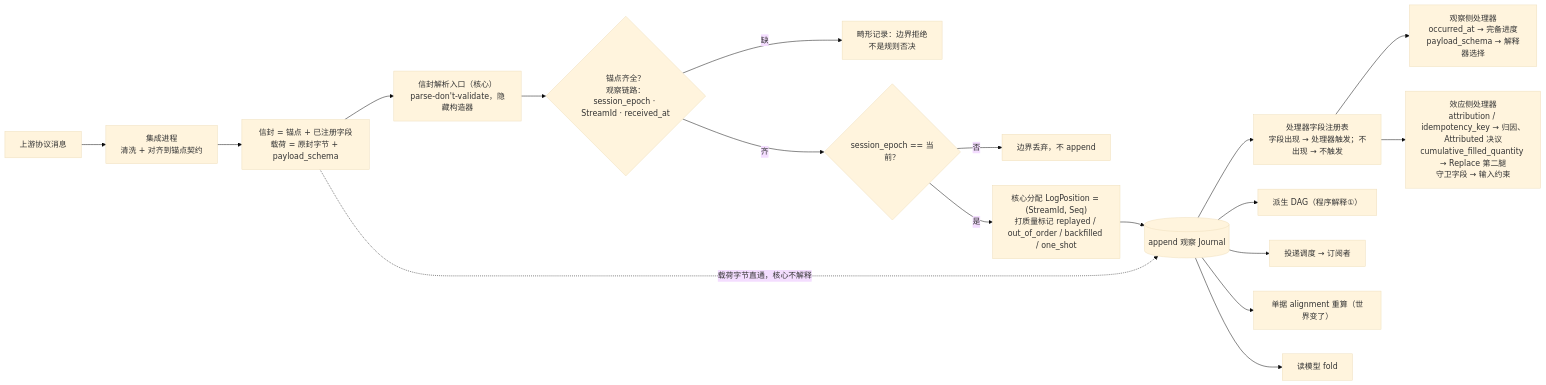
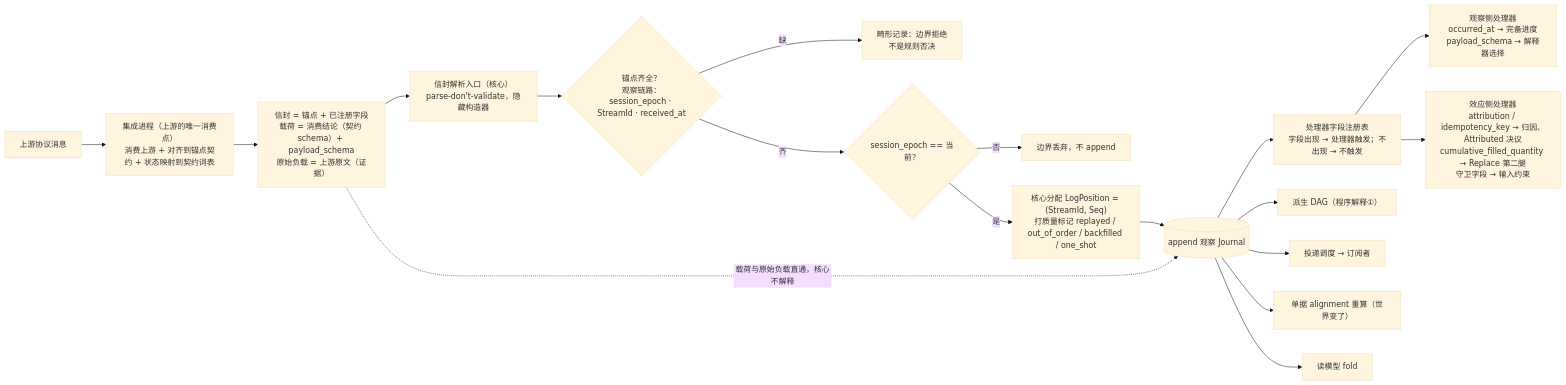
The first of 4 diagrams in design/diagrams/02-record-model.md (mouriya-s-lab/uta), drawn with Mermaid (base theme) before and after one commit. The commit also changed other lines of this file and 15 other files, not shown here.

````diff
--- a/design/diagrams/02-record-model.md
+++ b/design/diagrams/02-record-model.md
@@ -9,20 +9,20 @@
 ```mermaid
 flowchart LR
-  UP["上游协议消息"] --> INT["集成进程<br/>清洗 + 对齐到锚点契约"]
-  INT --> ENV["信封 = 锚点 + 已注册字段<br/>载荷 = 原封字节 + payload_schema"]
+  UP["上游协议消息"] --> INT["集成进程（上游的唯一消费点）<br/>消费上游 + 对齐到锚点契约 + 状态映射到契约词表"]
+  INT --> ENV["信封 = 锚点 + 已注册字段<br/>载荷 = 消费结论（契约 schema）+ payload_schema<br/>原始负载 = 上游原文（证据）"]
   ENV --> PARSE["信封解析入口（核心）<br/>parse-don't-validate，隐藏构造器"]
   PARSE --> ANCH{"锚点齐全？<br/>观察链路：session_epoch · StreamId · received_at"}
   ANCH -->|"缺"| MAL["畸形记录：边界拒绝<br/>不是规则否决"]
   ANCH -->|"齐"| EPOCH{"session_epoch == 当前？"}
   EPOCH -->|"否"| DROP["边界丢弃，不 append"]
   EPOCH -->|"是"| POS["核心分配 LogPosition = (StreamId, Seq)<br/>打质量标记 replayed / out_of_order / backfilled / one_shot"]
   POS --> APPEND[("append 观察 Journal")]
   APPEND --> REG["处理器字段注册表<br/>字段出现 → 处理器触发；不出现 → 不触发"]
   REG --> OH["观察侧处理器<br/>occurred_at → 完备进度<br/>payload_schema → 解释器选择"]
   REG --> EH["效应侧处理器<br/>attribution / idempotency_key → 归因、Attributed 决议<br/>cumulative_filled_quantity → Replace 第二腿<br/>守卫字段 → 输入约束"]
   APPEND --> DAG["派生 DAG（程序解释①）"]
   APPEND --> DELIV["投递调度 → 订阅者"]
   APPEND --> TKT["单据 alignment 重算（世界变了）"]
   APPEND --> RM["读模型 fold"]
-  ENV -.->|"载荷字节直通，核心不解释"| APPEND
+  ENV -.->|"载荷与原始负载直通，核心不解释"| APPEND
 ```
````
